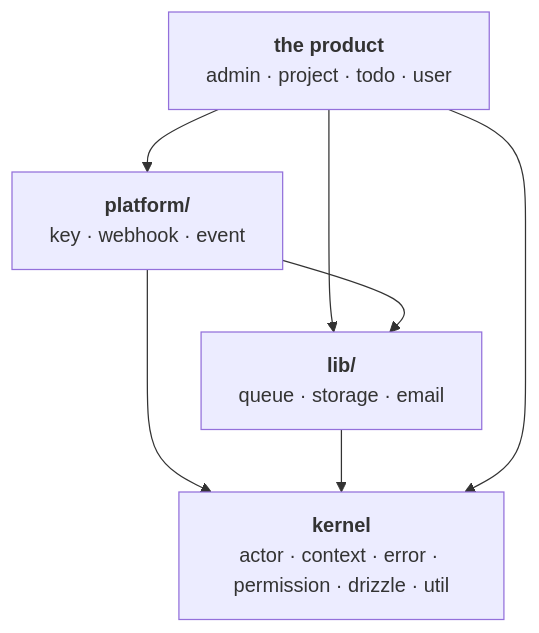
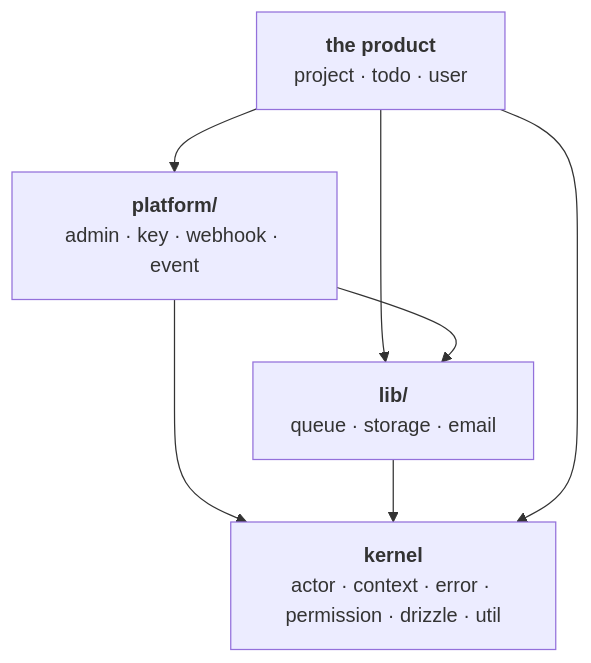
One commit to andre-brandao/template changed the diagram in docs/core.md. Above: the diagram before and after it, drawn with Mermaid. The commit also changed other lines of this file and 4 other files, not shown here.

````diff
--- a/docs/core.md
+++ b/docs/core.md
@@ -6,14 +6,14 @@
 ```mermaid
 graph TD
-  domain["<b>the product</b><br/>admin · project · todo · user"]
-  platform["<b>platform/</b><br/>key · webhook · event"]
+  domain["<b>the product</b><br/>project · todo · user"]
+  platform["<b>platform/</b><br/>admin · key · webhook · event"]
   lib["<b>lib/</b><br/>queue · storage · email"]
   kernel["<b>kernel</b><br/>actor · context · error · permission · drizzle · util"]
 
   domain --> platform
   domain --> lib
   platform --> lib
   platform --> kernel
   lib --> kernel
   domain --> kernel
 ```
````
